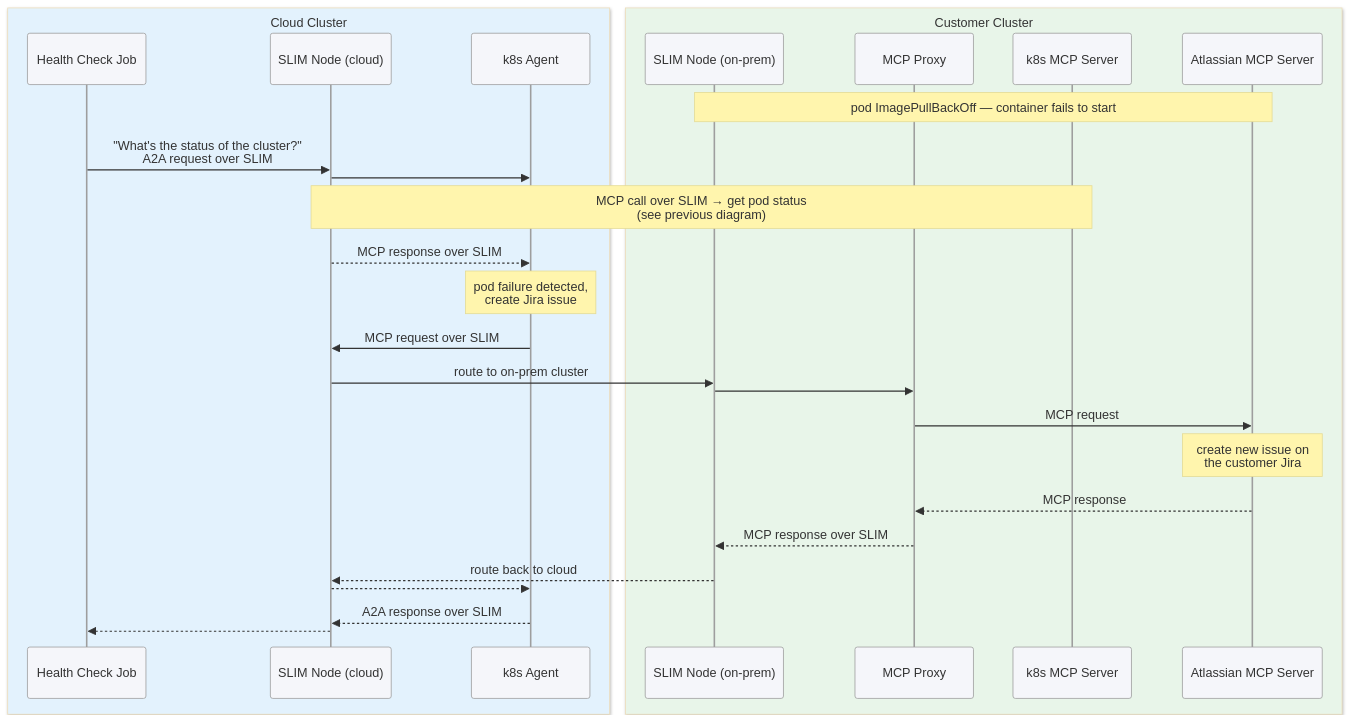
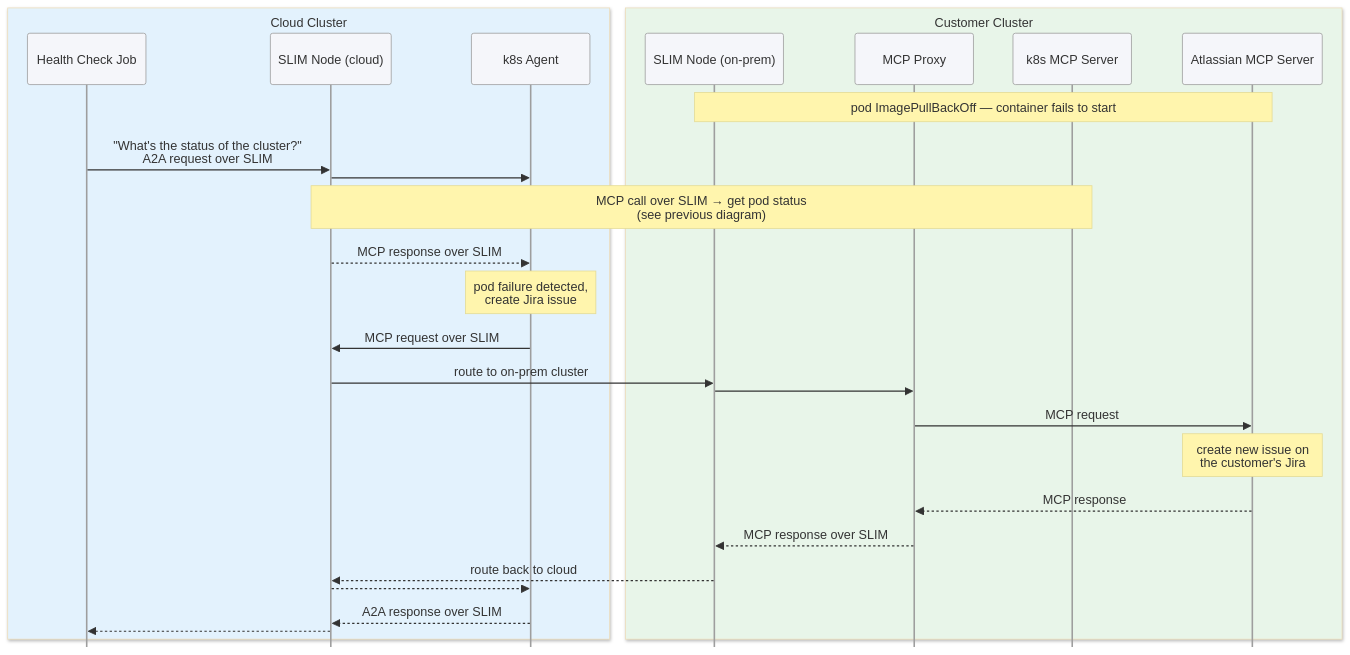
The ninth of 9 diagrams in presentations/slim-multicluster-demo/slim-multicluster-demo.md (agntcy/blogs), drawn with Mermaid before and after one commit. The commit also changed other lines of this file, not shown here.

````diff
--- a/presentations/slim-multicluster-demo/slim-multicluster-demo.md
+++ b/presentations/slim-multicluster-demo/slim-multicluster-demo.md
@@ -587,33 +601,33 @@
 ```mermaid
-%%{init: {'theme': 'base', 'themeVariables': {'fontSize': '11px', 'actorBkg': '#F5F6FA', 'actorBorder': '#9E9E9E', 'activationBkgColor': '#E3F2FD', 'signalColor': '#333', 'signalTextColor': '#333'}}}%%
+%%{init: {'theme': 'base', 'sequence': {'mirrorActors': false}, 'themeVariables': {'fontSize': '16px', 'actorBkg': '#F5F6FA', 'actorBorder': '#9E9E9E', 'activationBkgColor': '#E3F2FD', 'signalColor': '#333', 'signalTextColor': '#333'}}}%%
 sequenceDiagram
     box rgb(227,242,253) Cloud Cluster
         participant HCJ as Health Check Job
         participant SNc as SLIM Node (cloud)
         participant Agent as k8s Agent
     end
     box rgb(232,245,233) Customer Cluster
         participant SNp as SLIM Node (on-prem)
         participant Proxy as MCP Proxy
         participant KMCP as k8s MCP Server
         participant AMCP as Atlassian MCP Server
     end
 
     Note over SNp,AMCP: pod ImagePullBackOff — container fails to start
     HCJ->>SNc: "What's the status of the cluster?"<br/>A2A request over SLIM
     SNc->>Agent: 
     Note over SNc,KMCP: MCP call over SLIM → get pod status<br/>(see previous diagram)
     SNc-->>Agent: MCP response over SLIM
     Note over Agent: pod failure detected,<br/>create Jira issue
     Agent->>SNc: MCP request over SLIM
     SNc->>SNp: route to on-prem cluster
     SNp->>Proxy: 
     Proxy->>AMCP: MCP request
-    Note over AMCP: create new issue on<br/> the customer Jira
+    Note over AMCP: create new issue on<br/>the customer's Jira
     AMCP-->>Proxy: MCP response
     Proxy-->>SNp: MCP response over SLIM
     SNp-->>SNc: route back to cloud
     SNc-->>Agent: 
     Agent-->>SNc: A2A response over SLIM
     SNc-->>HCJ: 
 ```
````
